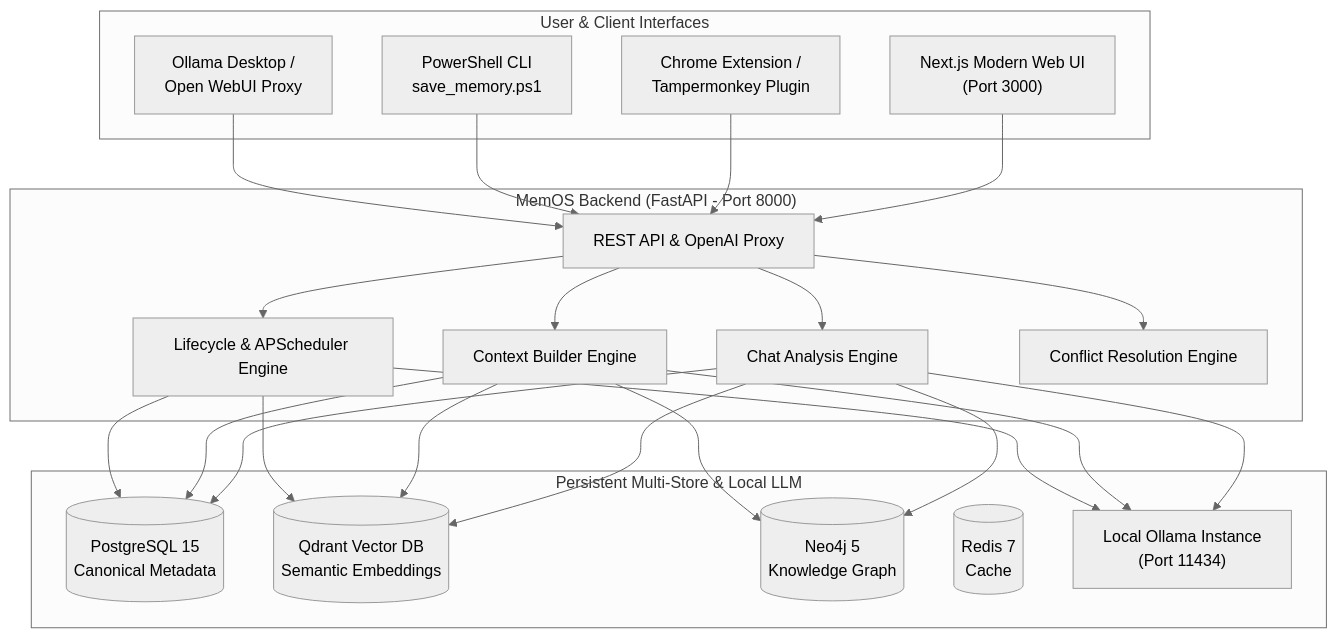
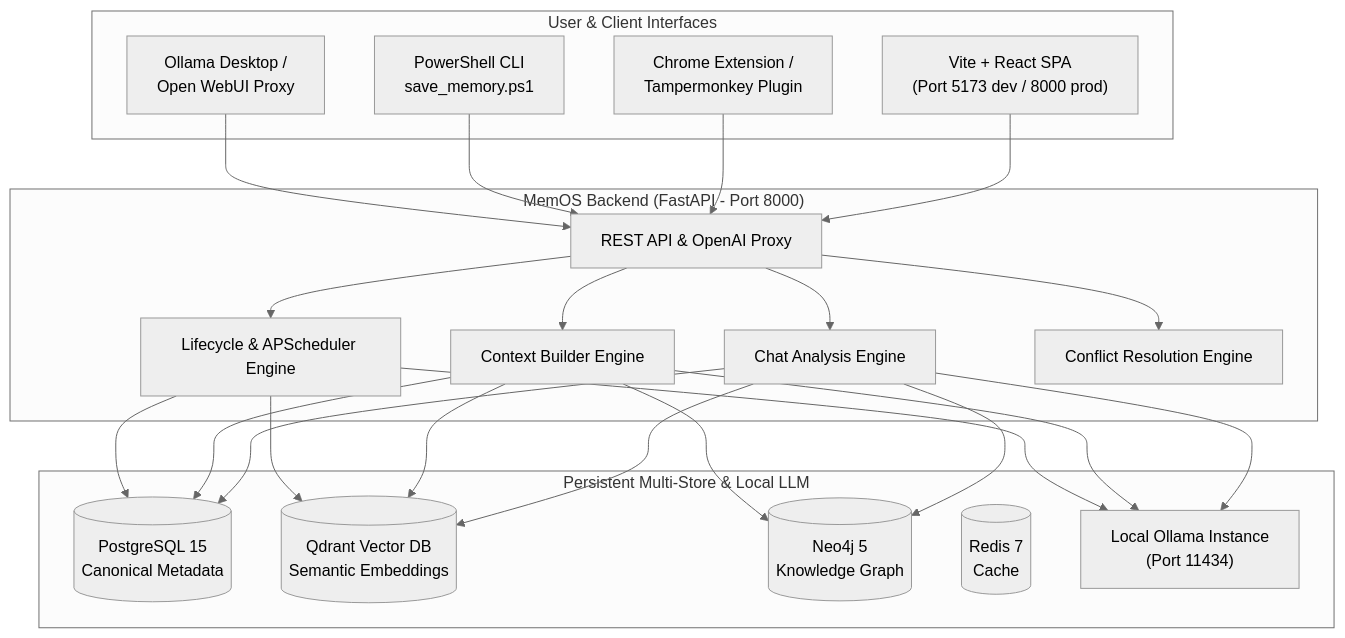
Before and after one commit to bachi-2006/MemOS: the diagram in README.md, drawn with Mermaid (neutral theme). The commit also changed other lines of this file and 124 other files, not shown here.

````diff
--- a/README.md
+++ b/README.md
@@ -58,50 +59,50 @@
 ```mermaid
 flowchart TD
     subgraph Clients["User & Client Interfaces"]
-        UI["Next.js Modern Web UI\n(Port 3000)"]
+        UI["Vite + React SPA\n(Port 5173 dev / 8000 prod)"]
         EXT["Chrome Extension /\nTampermonkey Plugin"]
         CLI["PowerShell CLI\nsave_memory.ps1"]
         PROXY["Ollama Desktop /\nOpen WebUI Proxy"]
     end
 
     subgraph Backend["MemOS Backend (FastAPI - Port 8000)"]
         API["REST API & OpenAI Proxy"]
         ANALYZER["Chat Analysis Engine"]
         CTX_BUILDER["Context Builder Engine"]
         LIFECYCLE["Lifecycle & APScheduler Engine"]
         CONFLICT["Conflict Resolution Engine"]
     end
 
     subgraph Storage["Persistent Multi-Store & Local LLM"]
         PG[("PostgreSQL 15\nCanonical Metadata")]
         QD[("Qdrant Vector DB\nSemantic Embeddings")]
         NEO[("Neo4j 5\nKnowledge Graph")]
         RD[("Redis 7\nCache")]
         OLLAMA["Local Ollama Instance\n(Port 11434)"]
     end
 
     UI --> API
     EXT --> API
     CLI --> API
     PROXY --> API
 
     API --> CTX_BUILDER
     API --> ANALYZER
     API --> LIFECYCLE
     API --> CONFLICT
 
     ANALYZER --> OLLAMA
     CTX_BUILDER --> OLLAMA
     LIFECYCLE --> OLLAMA
 
     ANALYZER --> PG
     ANALYZER --> QD
     ANALYZER --> NEO
 
     CTX_BUILDER --> QD
     CTX_BUILDER --> NEO
     CTX_BUILDER --> PG
 
     LIFECYCLE --> PG
     LIFECYCLE --> QD
 ```
````
